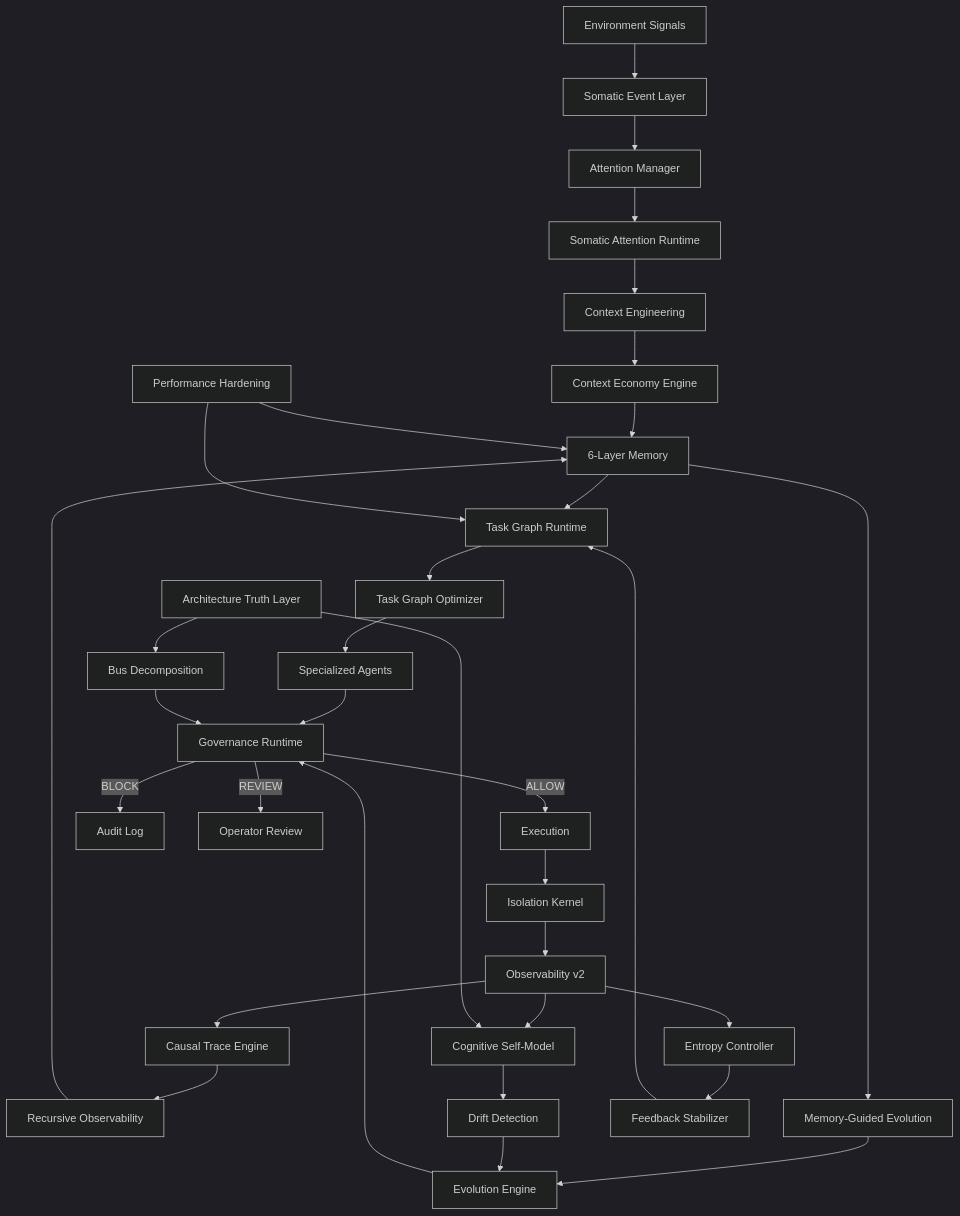
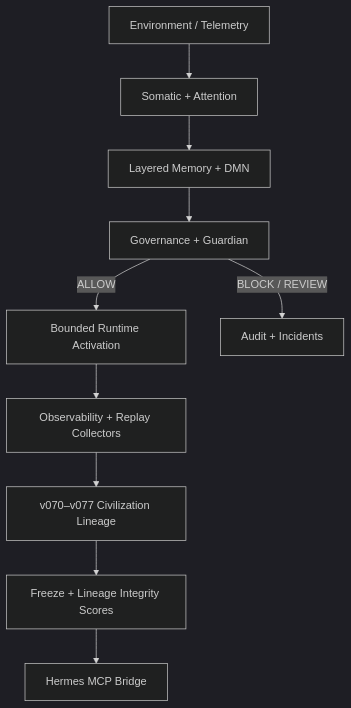
One commit to alicken-lai/ambient-somatic-intelligence changed the diagram in README.md. Above: the diagram before and after it, drawn with Mermaid (dark theme). The commit also changed other lines of this file, not shown here.

Commit message:
docs: update README for v0.7 civilization governance freeze

````diff
--- a/README.md
+++ b/README.md
@@ -19,38 +74,12 @@
 ```mermaid
 flowchart TD
-    ENV[Environment Signals] --> SM[Somatic Event Layer]
-    SM --> ATT[Attention Manager]
-    ATT --> SART[Somatic Attention Runtime]
-    SART --> CTX[Context Engineering]
-    CTX --> CE[Context Economy Engine]
-    CE --> MEM[6-Layer Memory]
-    MEM --> TG[Task Graph Runtime]
-    TG --> TGO[Task Graph Optimizer]
-    TGO --> AGT[Specialized Agents]
-    AGT --> GOV[Governance Runtime]
-    GOV -->|ALLOW| EXEC[Execution]
-    GOV -->|BLOCK| AUDIT[Audit Log]
-    GOV -->|REVIEW| OPS[Operator Review]
-    EXEC --> ISO[Isolation Kernel]
-    ISO --> OBS[Observability v2]
-    OBS --> CT[Causal Trace Engine]
-    CT --> ROBS[Recursive Observability]
-    ROBS --> MEM
-    MEM --> MEV[Memory-Guided Evolution]
-    MEV --> EVO[Evolution Engine]
-    EVO --> GOV
-    CSM[Cognitive Self-Model] --> DRIFT[Drift Detection]
-    DRIFT --> EVO
-
-    OBS --> CSM
-    OBS --> ENT[Entropy Controller]
-    ENT --> DAMP[Feedback Stabilizer]
-    DAMP --> TG
-
-    ATL[Architecture Truth Layer] --> CSM
-    ATL --> BUS[Bus Decomposition]
-    BUS --> GOV
-
-    PERF[Performance Hardening] --> TG
-    PERF --> MEM
+    ENV[Environment / Telemetry] --> SOM[Somatic + Attention]
+    SOM --> MEM[Layered Memory + DMN]
+    MEM --> GOV[Governance + Guardian]
+    GOV -->|ALLOW| RUN[Bounded Runtime Activation]
+    GOV -->|BLOCK / REVIEW| AUD[Audit + Incidents]
+    RUN --> OBS[Observability + Replay Collectors]
+    OBS --> CIV[v070–v077 Civilization Lineage]
+    CIV --> FREEZE[Freeze + Lineage Integrity Scores]
+    FREEZE --> HERM[Hermes MCP Bridge]
 ```
````
